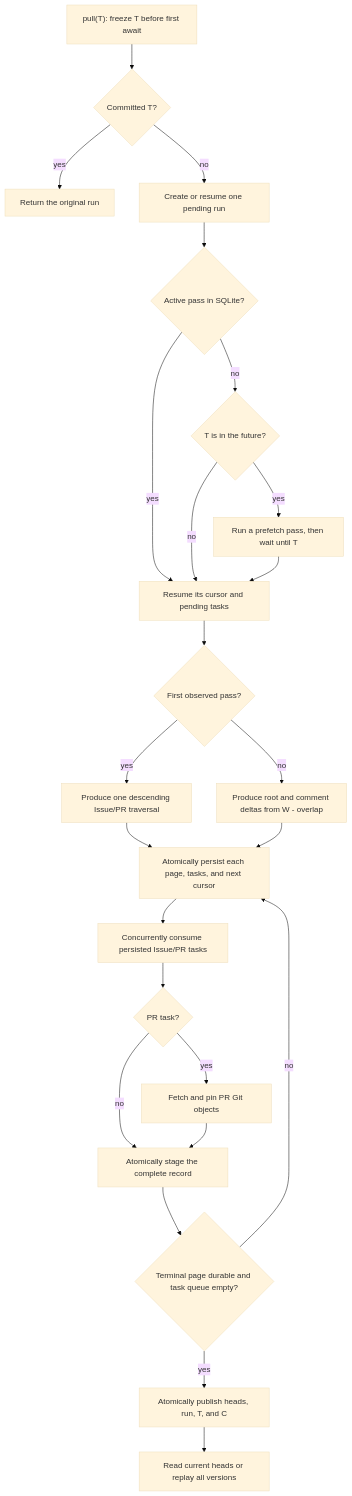
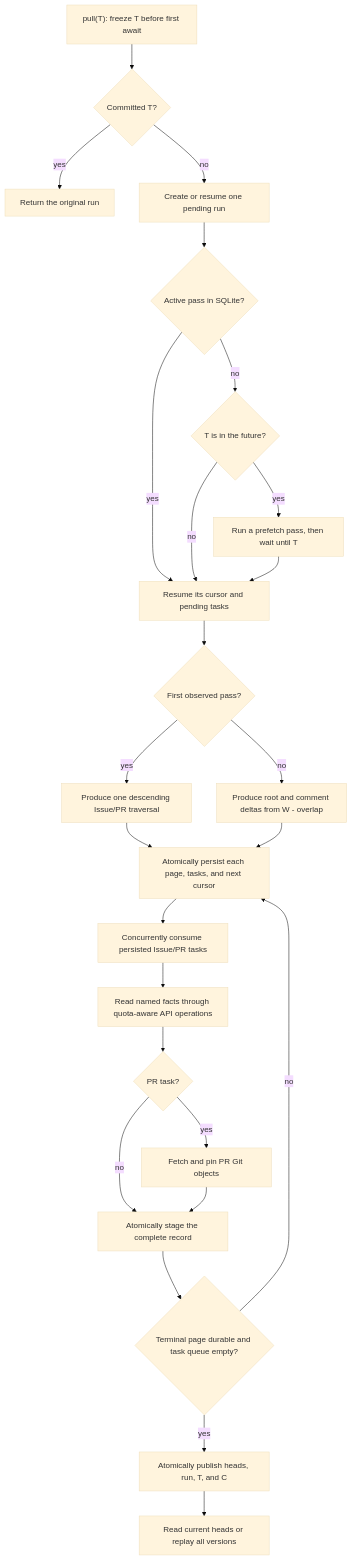
Before and after one commit to Delva0/gh-puller: the first of 2 diagrams in docs/github-puller.md, drawn with Mermaid (base theme). The commit also changed other lines of this file, not shown here.

Commit message:
docs(github): explain dual quota routing

````diff
--- a/docs/github-puller.md
+++ b/docs/github-puller.md
@@ -24,26 +24,27 @@
 ```mermaid
 flowchart TD
     Call["pull(T): freeze T before first await"] --> Existing{"Committed T?"}
     Existing -->|yes| Return["Return the original run"]
     Existing -->|no| Pending["Create or resume one pending run"]
     Pending --> Resume{"Active pass in SQLite?"}
     Resume -->|yes| Pass["Resume its cursor and pending tasks"]
     Resume -->|no| Future{"T is in the future?"}
     Future -->|yes| Prefetch["Run a prefetch pass, then wait until T"]
     Future -->|no| Pass
     Prefetch --> Pass
     Pass --> Cold{"First observed pass?"}
     Cold -->|yes| Full["Produce one descending Issue/PR traversal"]
     Cold -->|no| Delta["Produce root and comment deltas from W - overlap"]
     Full --> Journal["Atomically persist each page, tasks, and next cursor"]
     Delta --> Journal
     Journal --> Consume["Concurrently consume persisted Issue/PR tasks"]
-    Consume --> Kind{"PR task?"}
+    Consume --> API["Read named facts through quota-aware API operations"]
+    API --> Kind{"PR task?"}
     Kind -->|yes| Git["Fetch and pin PR Git objects"]
     Kind -->|no| Stage["Atomically stage the complete record"]
     Git --> Stage
     Stage --> Closed{"Terminal page durable and task queue empty?"}
     Closed -->|no| Journal
     Closed -->|yes| Publish["Atomically publish heads, run, T, and C"]
     Publish --> Read["Read current heads or replay all versions"]
 ```
````
